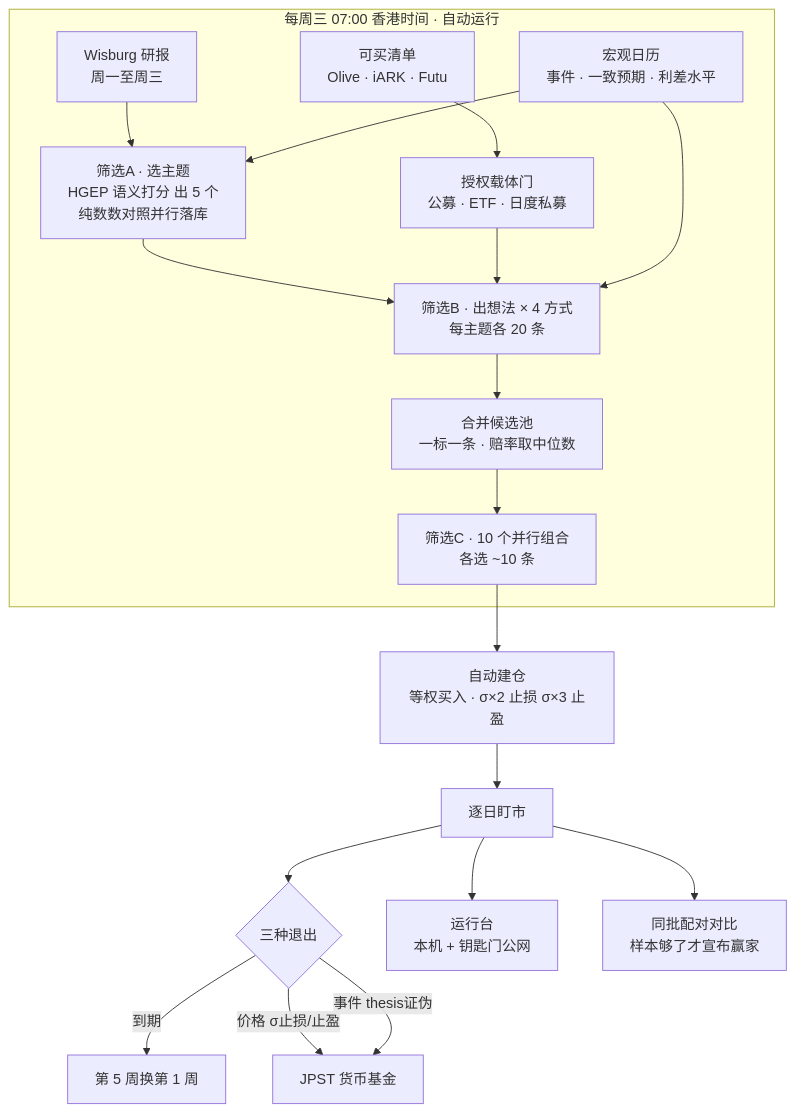
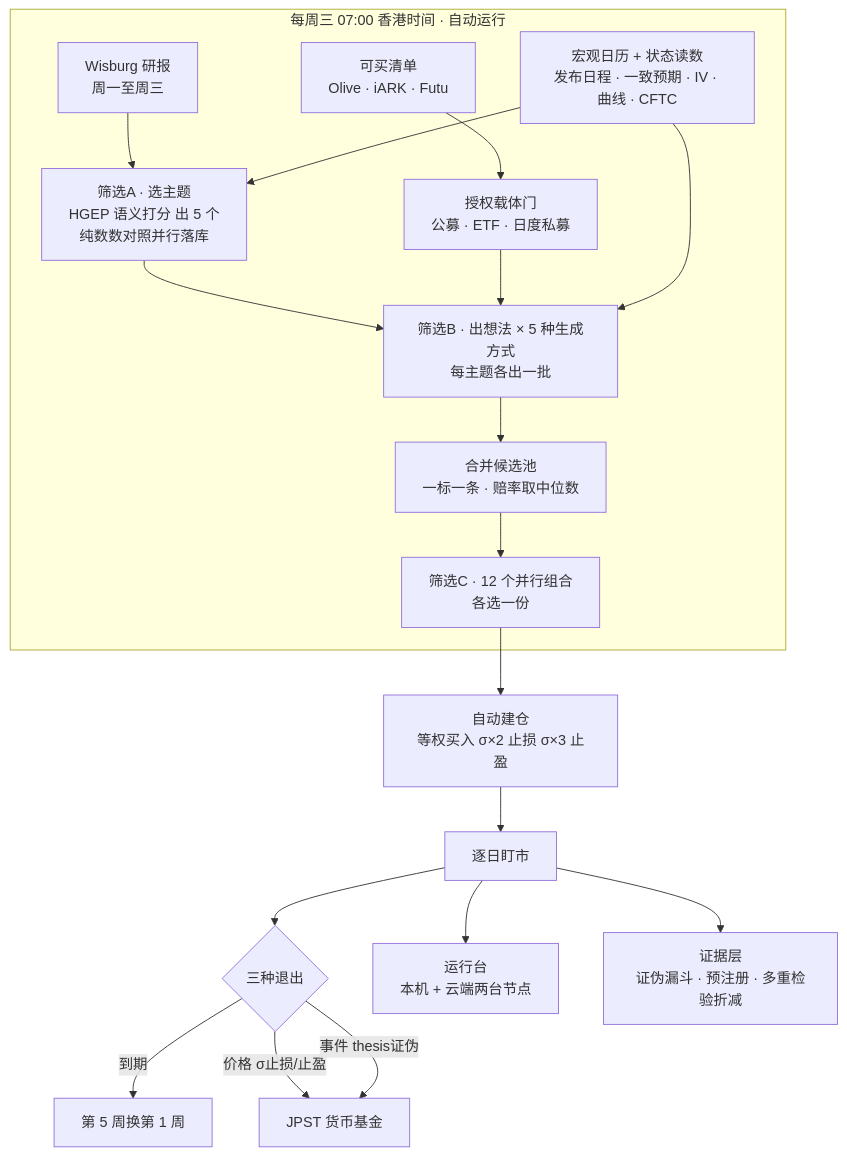
Before and after one commit to YuesongCai/IdeaGen40: the first of 2 diagrams in README.md, drawn with Mermaid. The commit also changed other lines of this file, not shown here.

````diff
--- a/README.md
+++ b/README.md
@@ -9,24 +12,24 @@
 ```mermaid
 flowchart TB
   subgraph W["每周三 07:00 香港时间 · 自动运行"]
     IN1["Wisburg 研报<br/>周一至周三"]
     IN2["可买清单<br/>Olive · iARK · Futu"]
-    IN3["宏观日历<br/>事件 · 一致预期 · 利差水平"]
+    IN3["宏观日历 + 状态读数<br/>发布日程 · 一致预期 · IV · 曲线 · CFTC"]
     IN1 --> A["筛选A · 选主题<br/>HGEP 语义打分 出 5 个<br/>纯数数对照并行落库"]
     IN3 --> A
-    A --> B["筛选B · 出想法 × 4 方式<br/>每主题各 20 条"]
+    A --> B["筛选B · 出想法 × 5 种生成方式<br/>每主题各出一批"]
     IN2 --> GATE["授权载体门<br/>公募 · ETF · 日度私募"]
     GATE --> B
     IN3 --> B
     B --> POOL["合并候选池<br/>一标一条 · 赔率取中位数"]
-    POOL --> C["筛选C · 10 个并行组合<br/>各选 ~10 条"]
+    POOL --> C["筛选C · 12 个并行组合<br/>各选一份"]
   end
-  C --> BOOK["自动建仓<br/>等权买入 · σ×2 止损 σ×3 止盈"]
+  C --> BOOK["自动建仓<br/>等权买入 σ×2 止损 σ×3 止盈"]
   BOOK --> MARK["逐日盯市"]
   MARK --> EXIT{"三种退出"}
   EXIT -->|到期| ROLL["第 5 周换第 1 周"]
   EXIT -->|价格 σ止损/止盈| JPST["JPST 货币基金"]
   EXIT -->|事件 thesis证伪| JPST
-  MARK --> DASH["运行台<br/>本机 + 钥匙门公网"]
-  MARK --> CMP["同批配对对比<br/>样本够了才宣布赢家"]
+  MARK --> DASH["运行台<br/>本机 + 云端两台节点"]
+  MARK --> BT["证据层<br/>证伪漏斗 · 预注册 · 多重检验折减"]
 ```
````
